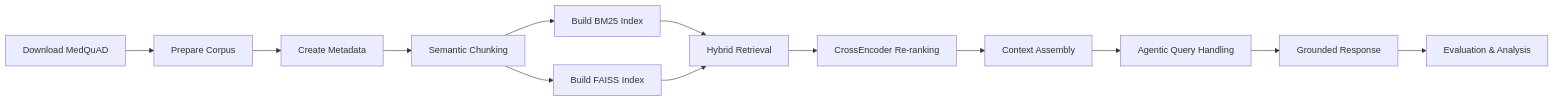
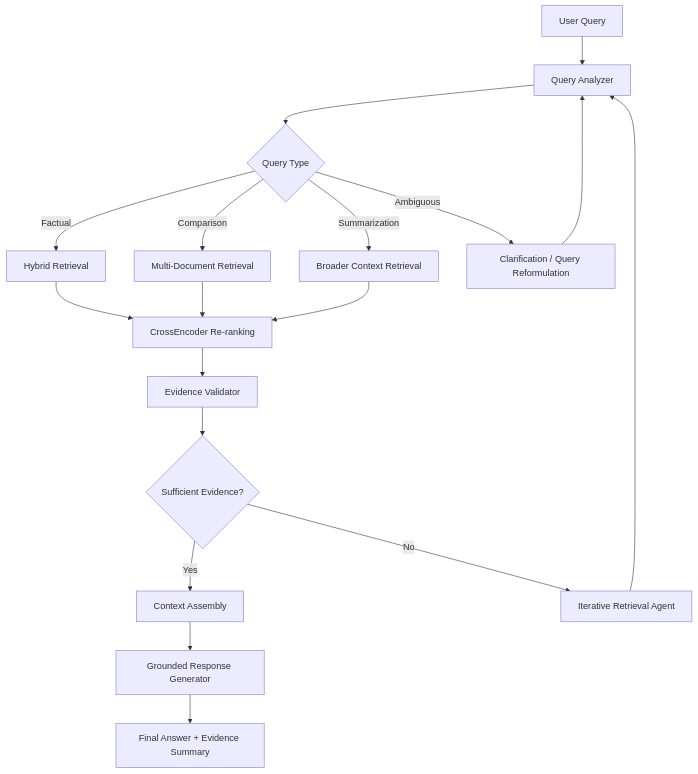
Before and after one commit to 2024ad05357/advanced-rag-enterprise: the second of 2 diagrams in README.md, drawn with Mermaid. The commit also changed other lines of this file, not shown here.

````diff
--- a/README.md
+++ b/README.md
@@ -93,15 +186,25 @@
 ```mermaid
-flowchart LR
-    A[Download MedQuAD] --> B[Prepare Corpus]
-    B --> C[Create Metadata]
-    C --> D[Semantic Chunking]
-    D --> E[Build BM25 Index]
-    D --> F[Build FAISS Index]
-    E --> G[Hybrid Retrieval]
-    F --> G
-    G --> H[CrossEncoder Re-ranking]
-    H --> I[Context Assembly]
-    I --> J[Agentic Query Handling]
-    J --> K[Grounded Response]
-    K --> L[Evaluation & Analysis]
+flowchart TD
+    A[User Query] --> B[Query Analyzer]
+    B --> C{Query Type}
+
+    C -->|Factual| D1[Hybrid Retrieval]
+    C -->|Comparison| D2[Multi-Document Retrieval]
+    C -->|Summarization| D3[Broader Context Retrieval]
+    C -->|Ambiguous| D4[Clarification / Query Reformulation]
+
+    D1 --> E[CrossEncoder Re-ranking]
+    D2 --> E
+    D3 --> E
+    D4 --> B
+
+    E --> F[Evidence Validator]
+    F --> G{Sufficient Evidence?}
+
+    G -->|Yes| H[Context Assembly]
+    G -->|No| I[Iterative Retrieval Agent]
+    I --> B
+
+    H --> J[Grounded Response Generator]
+    J --> K[Final Answer + Evidence Summary]
 ```
````
